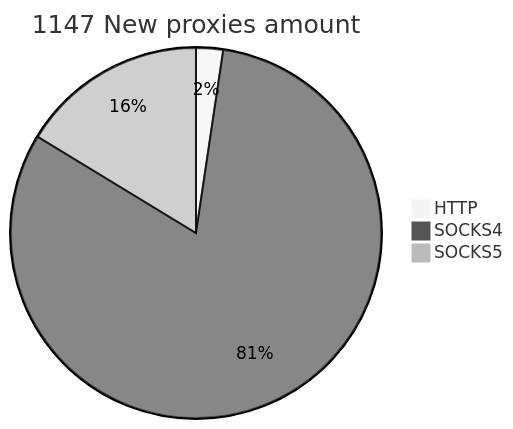
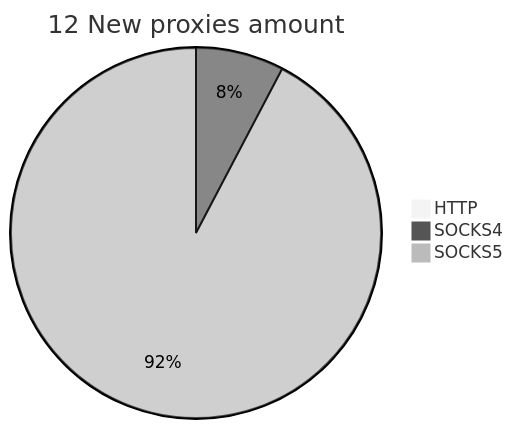
The second of 2 diagrams in README.md (cutipu/proxylist), drawn with Mermaid (neutral theme) before and after one commit. The commit also changed other lines of this file, not shown here.

````diff
--- a/README.md
+++ b/README.md
@@ -10,6 +10,6 @@
 ```mermaid
-pie title 1147 New proxies amount
-    "HTTP" : 27
-    "SOCKS4" : 933
-    "SOCKS5" : 187
+pie title 12 New proxies amount
+    "HTTP" : 0
+    "SOCKS4" : 1
+    "SOCKS5" : 12
 ```
````
